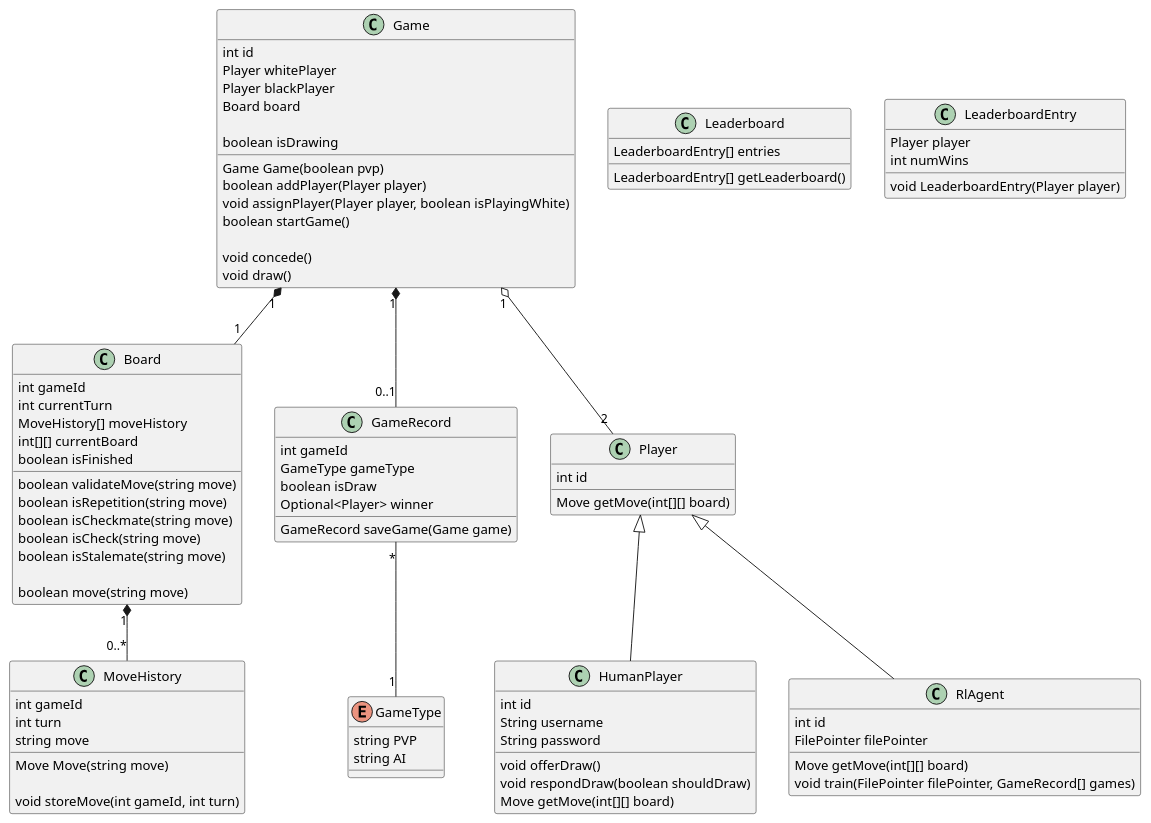
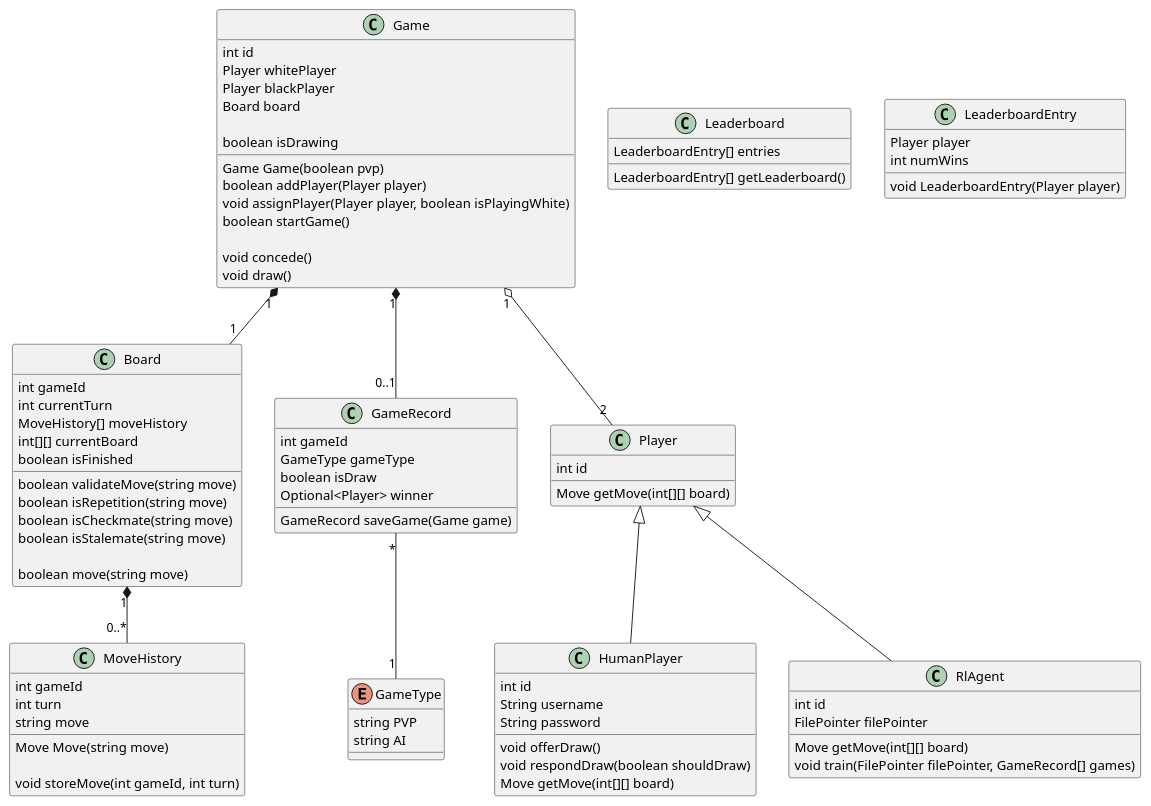
One commit to ECE493-W22-G04/rl-chess changed the diagram in docs/preliminary_design_diagrams/classdiagram.puml. Above: the diagram before and after it, drawn with PlantUML. The commit also changed 1 other file, not shown here.

Commit message:
Add pvp sequence diagram

```diff
--- a/docs/preliminary_design_diagrams/classdiagram.puml
+++ b/docs/preliminary_design_diagrams/classdiagram.puml
@@ -1,110 +1,109 @@
 @startuml
 
 class Board {
   int gameId
   int currentTurn
   MoveHistory[] moveHistory
   int[][] currentBoard
   boolean isFinished
 
   boolean validateMove(string move)
   boolean isRepetition(string move)
   boolean isCheckmate(string move)
-  boolean isCheck(string move)
   boolean isStalemate(string move)
 
   boolean move(string move)
 }
 
 class MoveHistory {
   int gameId
   int turn
   string move
 
   Move Move(string move)
 
   void storeMove(int gameId, int turn)
 }
 
 Board "1" *-- "0..*" MoveHistory
 
 class Game {
   int id
   Player whitePlayer
   Player blackPlayer
   Board board
   
   boolean isDrawing
 
   Game Game(boolean pvp)
   boolean addPlayer(Player player)
   void assignPlayer(Player player, boolean isPlayingWhite)
   boolean startGame()
 
   void concede()
   void draw()
 }
 
 Game "1" *-- "1" Board
 
 class GameRecord {
   int gameId
   GameType gameType
   boolean isDraw
   Optional<Player> winner
   
   GameRecord saveGame(Game game)
 }
 
 enum GameType {
   string PVP
   string AI
 }
 
 GameRecord "*" -- "1" GameType
 
 class Player {
   int id
 
   Move getMove(int[][] board)
 }
 
 class HumanPlayer {
   int id
   String username
   String password
 
   void offerDraw()
   void respondDraw(boolean shouldDraw)
   Move getMove(int[][] board)
 }
 
 class RlAgent {
   int id
   FilePointer filePointer
 
   Move getMove(int[][] board)
   void train(FilePointer filePointer, GameRecord[] games)
 }
 
 Game "1" o-- "2" Player
 
 Player <|-- RlAgent
 Player <|-- HumanPlayer
 
 Game "1" *-- "0..1" GameRecord
 
 class Leaderboard {
   LeaderboardEntry[] entries
 
   LeaderboardEntry[] getLeaderboard()
 }
 
 class LeaderboardEntry {
   Player player
   int numWins
 
   void LeaderboardEntry(Player player)
 }
 
 @enduml
```
